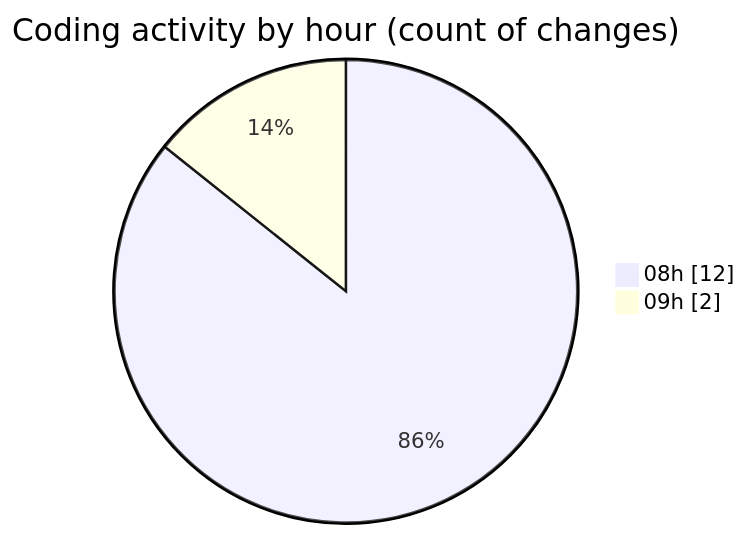
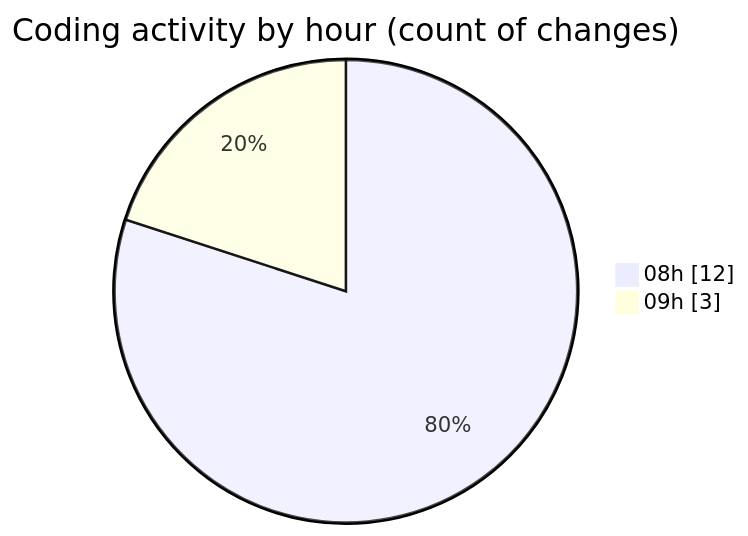
One commit to ricardozamudiocil/code-tracking changed the second of 2 diagrams in 2026-02-26/cilapp/README.md. Above: the diagram before and after it, drawn with Mermaid. The commit also changed other lines of this file and 1 other file, not shown here.

````diff
--- a/2026-02-26/cilapp/README.md
+++ b/2026-02-26/cilapp/README.md
@@ -30,6 +30,6 @@
 ```mermaid
 pie showData
 title Coding activity by hour (count of changes)
 "08h" : 12
-"09h" : 2
+"09h" : 3
 ```
````
